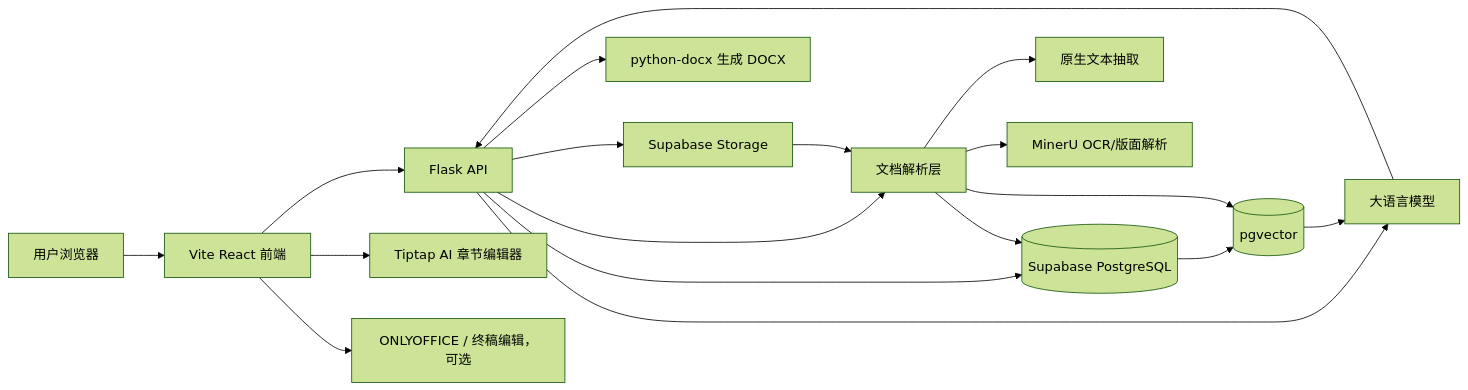
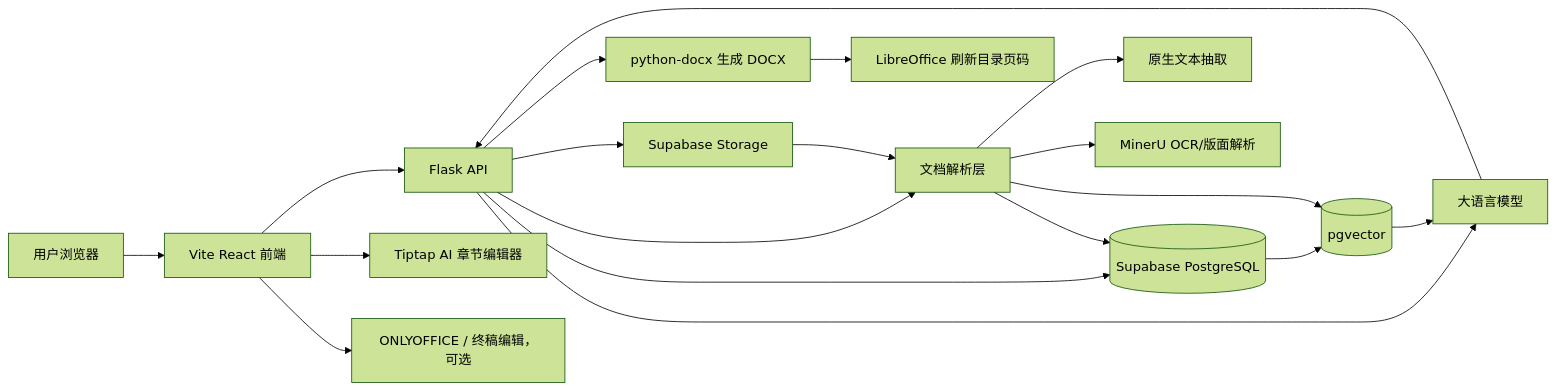
The diagram in README.md (sunShineLoveMe/ai_bidding_hubei), drawn with Mermaid (forest theme) before and after one commit. The commit also changed other lines of this file and 13 other files, not shown here.

First line of the commit message:
feat: 集成服务器端 LibreOffice 自动更新机制，确保 DOCX 目录和页码 100% 准确

````diff
--- a/README.md
+++ b/README.md
@@ -54,24 +54,25 @@
 ```mermaid
 flowchart LR
     U[用户浏览器] --> FE[Vite React 前端]
     FE --> API[Flask API]
 
     API --> Storage[Supabase Storage]
     API --> DB[(Supabase PostgreSQL)]
     DB --> Vec[(pgvector)]
 
     API --> Parser[文档解析层]
     Parser --> Native[原生文本抽取]
     Parser --> MinerU[MinerU OCR/版面解析]
 
     API --> LLM[大语言模型]
     API --> Docx[python-docx 生成 DOCX]
+    Docx --> LO[LibreOffice 刷新目录页码]
     FE --> Tiptap[Tiptap AI 章节编辑器]
     FE --> Office[ONLYOFFICE / 终稿编辑，可选]
 
     Storage --> Parser
     Parser --> DB
     Parser --> Vec
     Vec --> LLM
     LLM --> API
 ```
````
